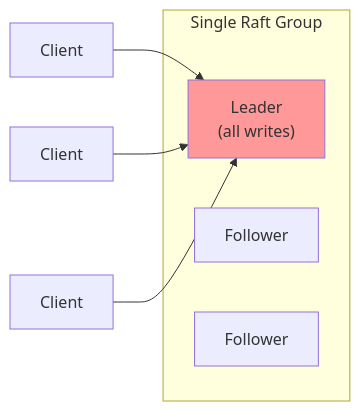
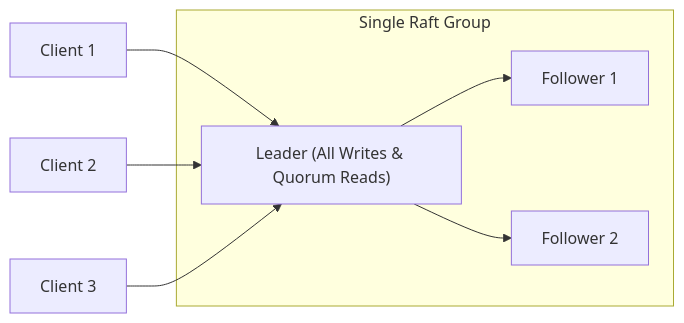
The first of 5 diagrams in docs/book/21-multi-raft-groups.md (bmscomp/raft), drawn with Mermaid before and after one commit. The commit also changed other lines of this file and 12 other files, not shown here.

````diff
--- a/docs/book/21-multi-raft-groups.md
+++ b/docs/book/21-multi-raft-groups.md
@@ -11,14 +11,14 @@
 ```mermaid
 flowchart LR
     subgraph Single["Single Raft Group"]
-        L["Leader\n(all writes)"]
-        F1["Follower"]
-        F2["Follower"]
+        L["Leader (All Writes & Quorum Reads)"]
+        F1["Follower 1"]
+        F2["Follower 2"]
     end
 
-    C1["Client"] --> L
-    C2["Client"] --> L
-    C3["Client"] --> L
-
-    style L fill:#ff9999
+    C1["Client 1"] --> L
+    C2["Client 2"] --> L
+    C3["Client 3"] --> L
+    L --> F1
+    L --> F2
 ```
````
